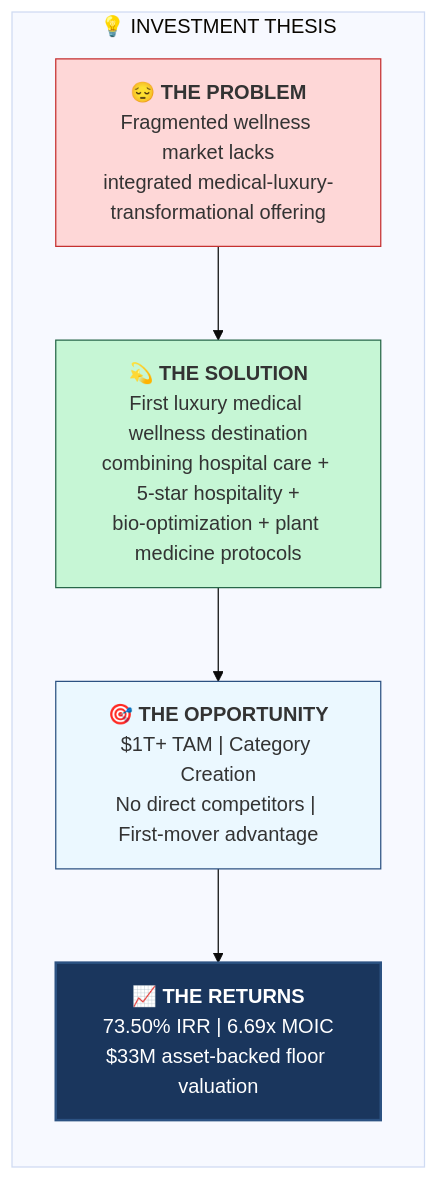
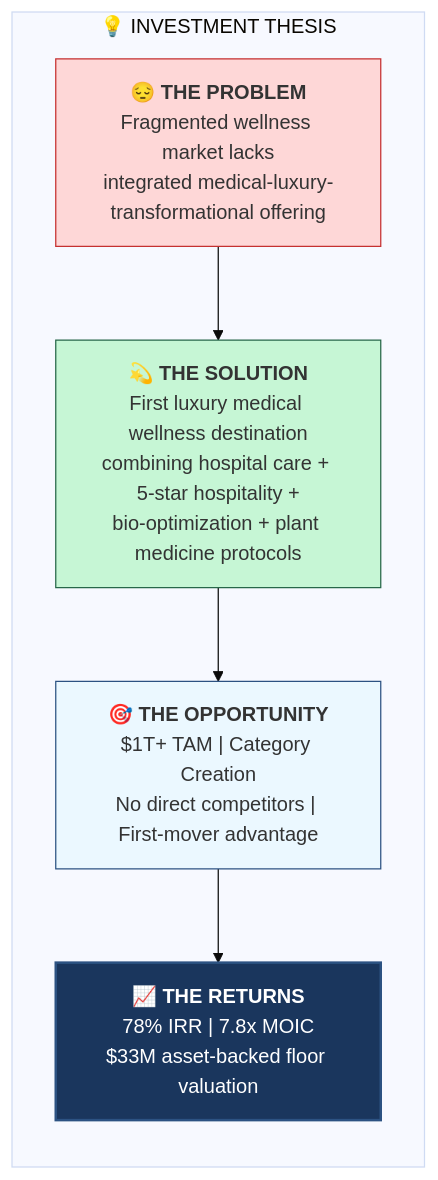
One commit to Light-Brands/epic-center changed the second of 41 diagrams in docs/pitch-packet/AI_VALUATION_REPORT_VISUAL.md. Above: the diagram before and after it, drawn with Mermaid. The commit also changed other lines of this file and 27 other files, not shown here.

````diff
--- a/docs/pitch-packet/AI_VALUATION_REPORT_VISUAL.md
+++ b/docs/pitch-packet/AI_VALUATION_REPORT_VISUAL.md
@@ -84,22 +84,22 @@
 ```mermaid
 %%{init: {'theme': 'base'}}%%
 flowchart TB
     subgraph THESIS["💡 INVESTMENT THESIS"]
         direction TB
 
         PROBLEM["😔 <b>THE PROBLEM</b><br/>Fragmented wellness market lacks<br/>integrated medical-luxury-transformational offering"]
 
         SOLUTION["💫 <b>THE SOLUTION</b><br/>First luxury medical wellness destination<br/>combining hospital care + 5-star hospitality +<br/>bio-optimization + plant medicine protocols"]
 
         OPPORTUNITY["🎯 <b>THE OPPORTUNITY</b><br/>$1T+ TAM | Category Creation<br/>No direct competitors | First-mover advantage"]
 
-        RETURNS["📈 <b>THE RETURNS</b><br/>73.50% IRR | 6.69x MOIC<br/>$33M asset-backed floor valuation"]
+        RETURNS["📈 <b>THE RETURNS</b><br/>78% IRR | 7.8x MOIC<br/>$33M asset-backed floor valuation"]
 
         PROBLEM --> SOLUTION --> OPPORTUNITY --> RETURNS
     end
 
     style PROBLEM fill:#fed7d7,stroke:#c53030
     style SOLUTION fill:#c6f6d5,stroke:#276749
     style OPPORTUNITY fill:#ebf8ff,stroke:#2c5282
     style RETURNS fill:#1a365d,stroke:#2c5282,stroke-width:2px,color:#fff
 ```
````
